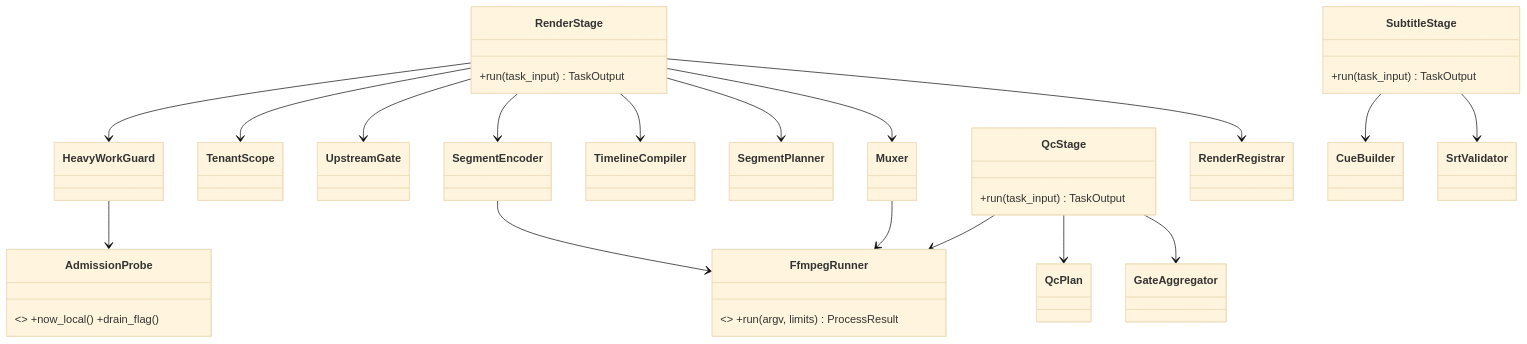
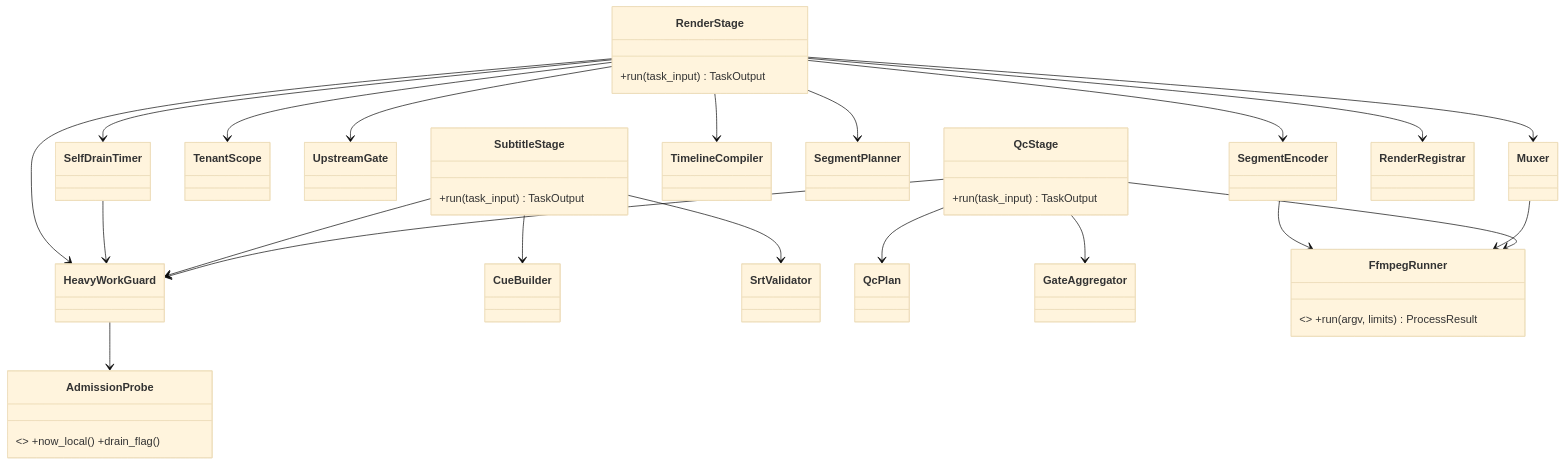
One commit to abhiwasu007-a11y/Media changed the fourth of 4 diagrams in docs/v4/agents/agent_10_video_editor.md. Above: the diagram before and after it, drawn with Mermaid (base theme). The commit also changed other lines of this file, not shown here.

````diff
--- a/docs/v4/agents/agent_10_video_editor.md
+++ b/docs/v4/agents/agent_10_video_editor.md
@@ -451,36 +596,41 @@
 ```mermaid
 classDiagram
   class RenderStage { +run(task_input) TaskOutput }
   class SubtitleStage { +run(task_input) TaskOutput }
   class QcStage { +run(task_input) TaskOutput }
   class TenantScope
   class UpstreamGate
   class HeavyWorkGuard
+  class SelfDrainTimer
   class TimelineCompiler
   class SegmentPlanner
   class SegmentEncoder
   class Muxer
   class RenderRegistrar
   class CueBuilder
   class SrtValidator
   class QcPlan
   class GateAggregator
   class FfmpegRunner { <<Protocol>> +run(argv, limits) ProcessResult }
   class AdmissionProbe { <<Protocol>> +now_local() +drain_flag() }
   RenderStage --> TenantScope
   RenderStage --> UpstreamGate
   RenderStage --> HeavyWorkGuard
   RenderStage --> TimelineCompiler
   RenderStage --> SegmentPlanner
   RenderStage --> SegmentEncoder
   RenderStage --> Muxer
   RenderStage --> RenderRegistrar
   SegmentEncoder --> FfmpegRunner
   Muxer --> FfmpegRunner
   HeavyWorkGuard --> AdmissionProbe
+  SelfDrainTimer --> HeavyWorkGuard
+  RenderStage --> SelfDrainTimer
+  SubtitleStage --> HeavyWorkGuard
+  QcStage --> HeavyWorkGuard
   SubtitleStage --> CueBuilder
   SubtitleStage --> SrtValidator
   QcStage --> QcPlan
   QcStage --> FfmpegRunner
   QcStage --> GateAggregator
 ```
````
